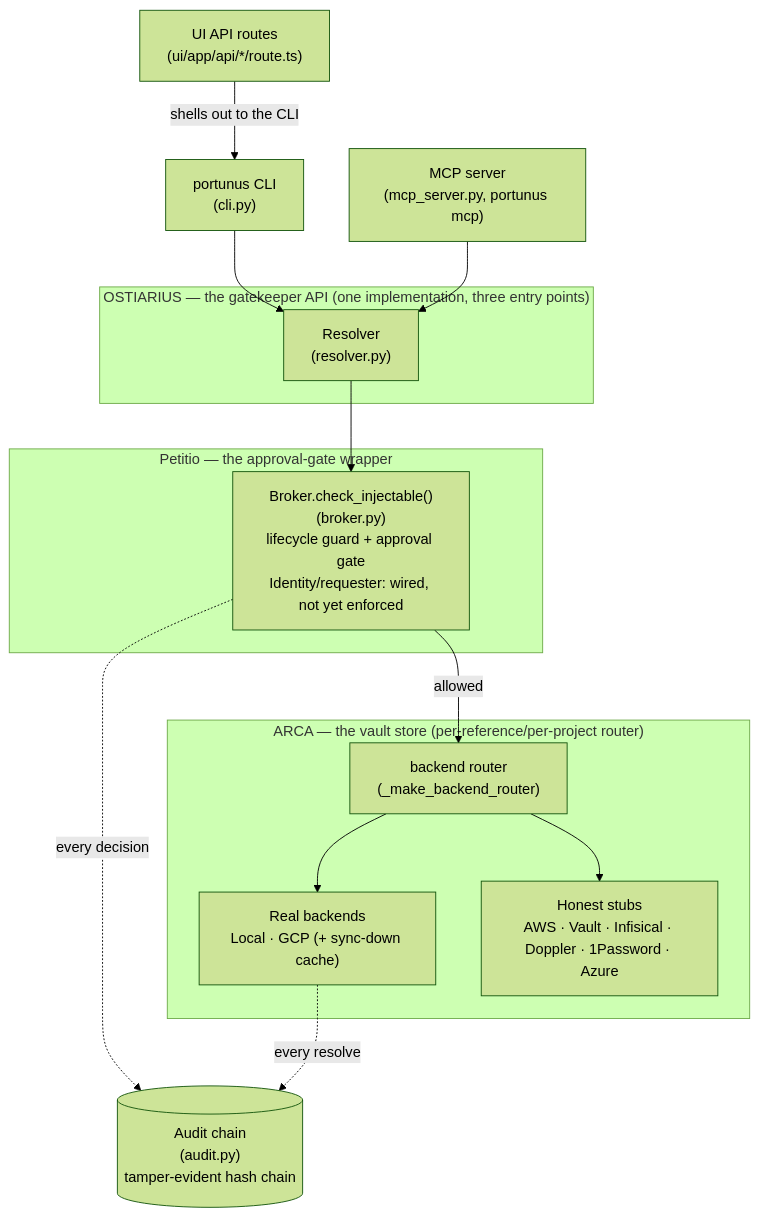
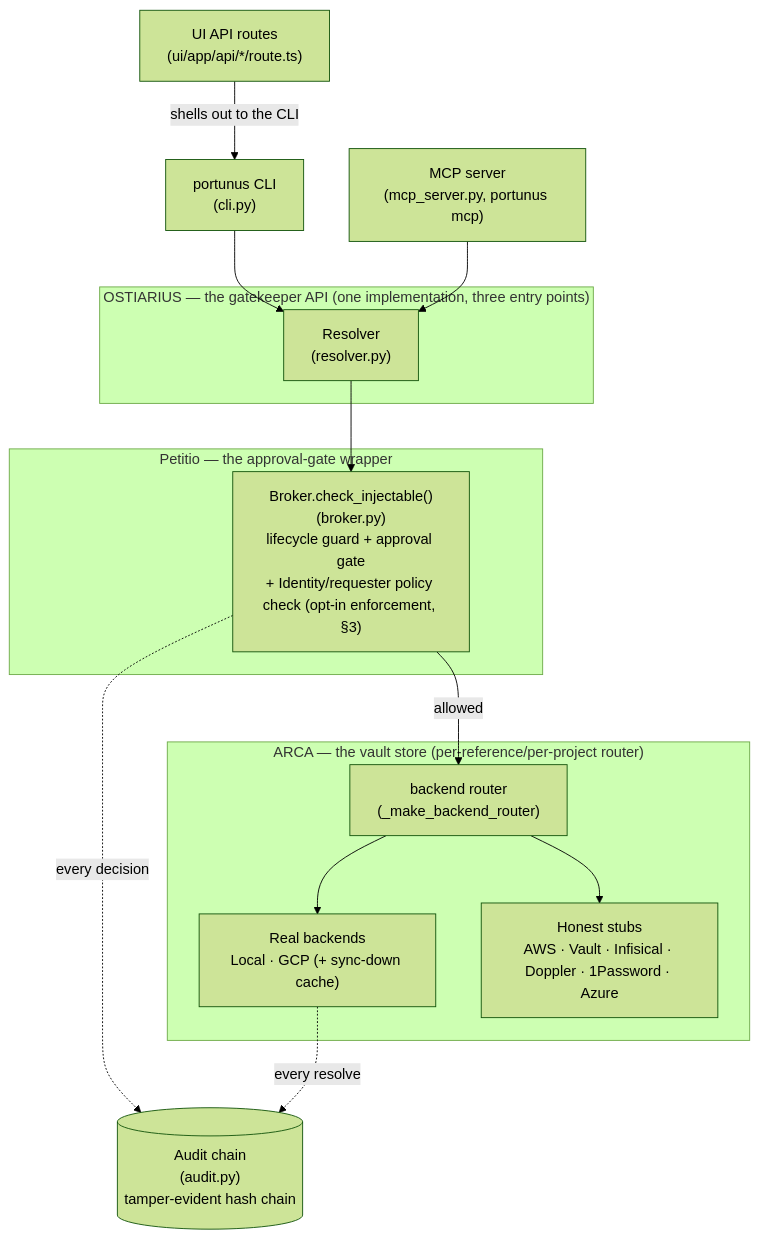
Before and after one commit to mdostal/portunus: the first of 5 diagrams in docs/architecture.md, drawn with Mermaid (forest theme). The commit also changed other lines of this file and 7 other files, not shown here.

````diff
--- a/docs/architecture.md
+++ b/docs/architecture.md
@@ -14,37 +14,37 @@
 ```mermaid
 graph TD
     accTitle: Portunus component diagram
     accDescr: Three OSTIARIUS entry points funnel into one Resolver/Broker implementation, which asks Petitio before ARCA ever returns a value, with the audit chain recording every decision.
 
     CLI["portunus CLI<br/>(cli.py)"]
     UIRoutes["UI API routes<br/>(ui/app/api/*/route.ts)"]
     MCP["MCP server<br/>(mcp_server.py, portunus mcp)"]
 
     subgraph OSTIARIUS["OSTIARIUS — the gatekeeper API (one implementation, three entry points)"]
         Resolver["Resolver<br/>(resolver.py)"]
     end
 
     subgraph Petitio["Petitio — the approval-gate wrapper"]
-        Broker["Broker.check_injectable()<br/>(broker.py)<br/>lifecycle guard + approval gate<br/>Identity/requester: wired, not yet enforced"]
+        Broker["Broker.check_injectable()<br/>(broker.py)<br/>lifecycle guard + approval gate<br/>+ Identity/requester policy check (opt-in enforcement, §3)"]
     end
 
     subgraph ARCA["ARCA — the vault store (per-reference/per-project router)"]
         Router["backend router<br/>(_make_backend_router)"]
         Real["Real backends<br/>Local · GCP (+ sync-down cache)"]
         Stub["Honest stubs<br/>AWS · Vault · Infisical · Doppler · 1Password · Azure"]
     end
 
     Audit[("Audit chain<br/>(audit.py)<br/>tamper-evident hash chain")]
 
     CLI --> Resolver
     UIRoutes -->|"shells out to the CLI"| CLI
     MCP --> Resolver
 
     Resolver --> Broker
     Broker -->|allowed| Router
     Router --> Real
     Router --> Stub
 
     Broker -.->|every decision| Audit
     Real -.->|every resolve| Audit
 ```
````
